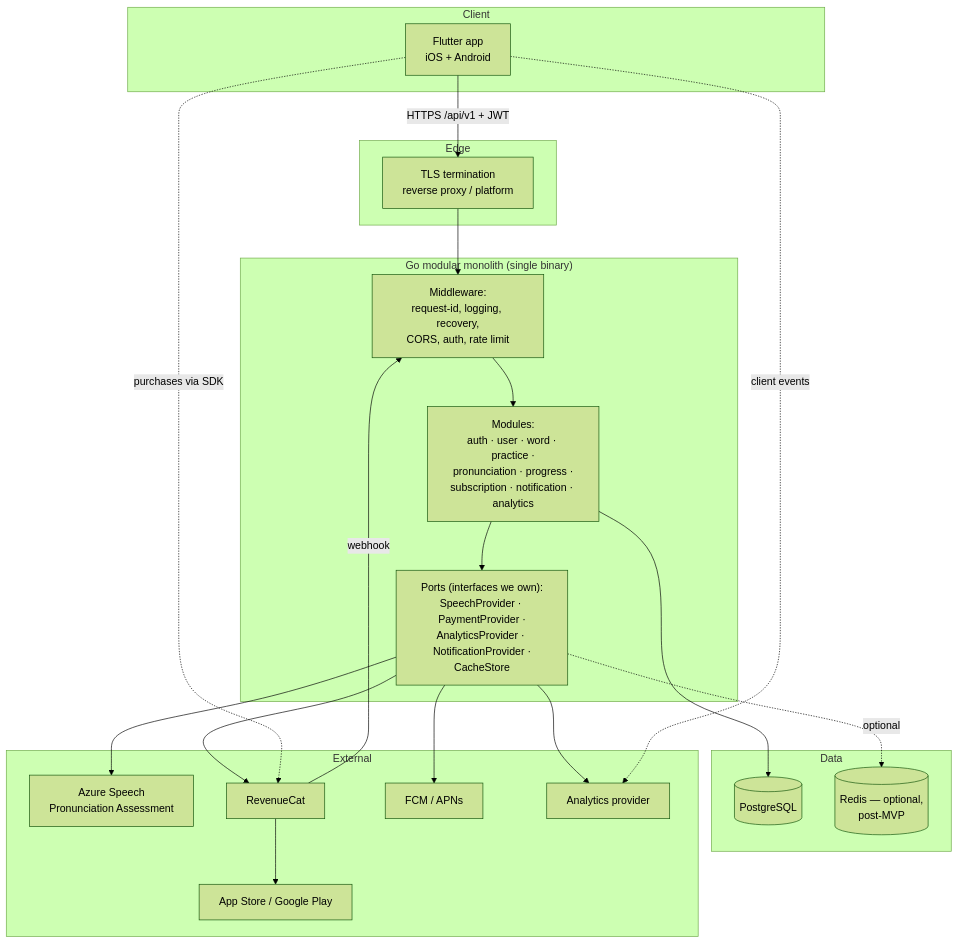
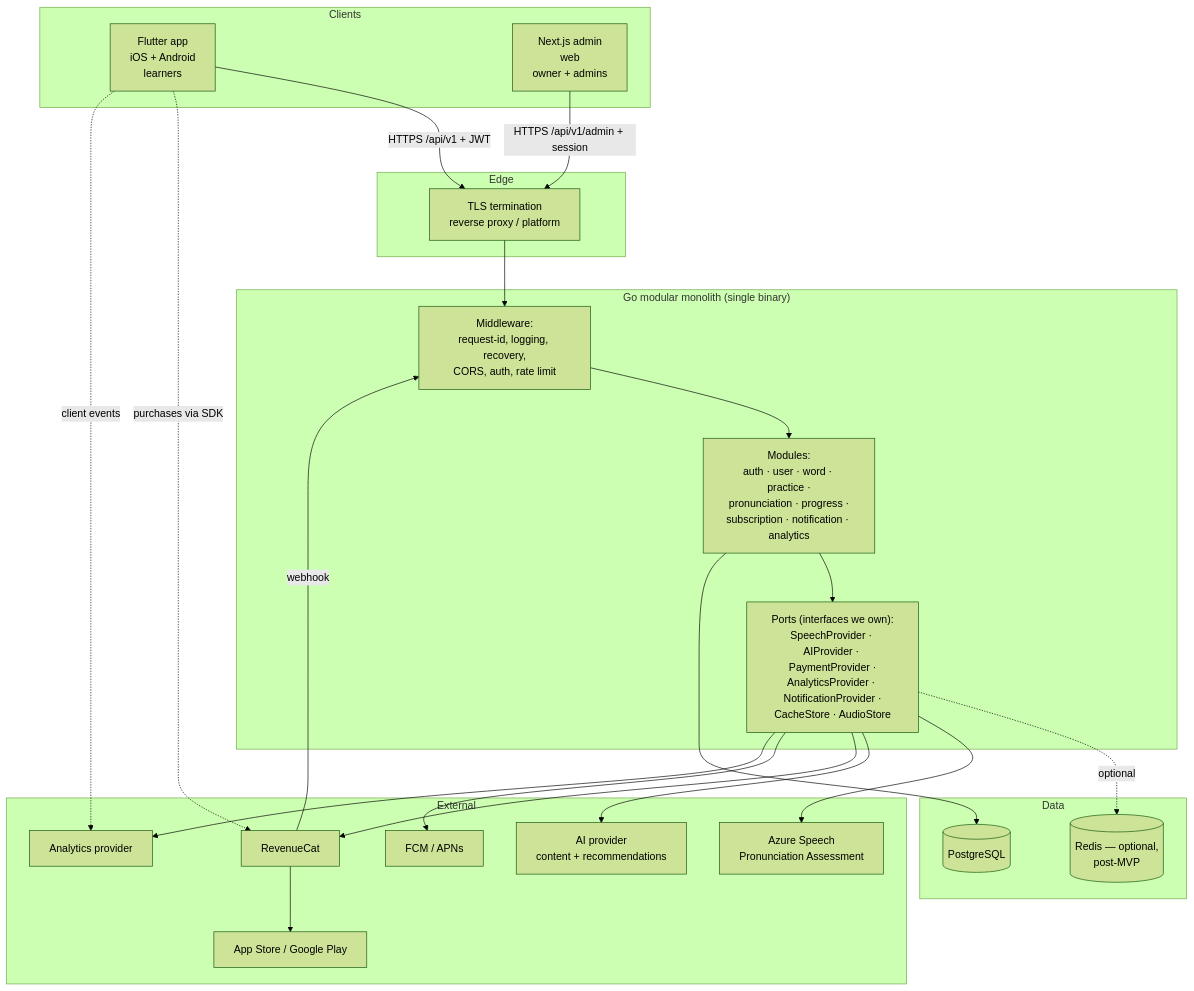
The first of 11 diagrams in docs/architecture/ARCHITECTURE.md (samandar-hodiev/voca), drawn with Mermaid (forest theme) before and after one commit. The commit also changed other lines of this file and 65 other files, not shown here.

````diff
--- a/docs/architecture/ARCHITECTURE.md
+++ b/docs/architecture/ARCHITECTURE.md
@@ -203,40 +228,45 @@
 ```mermaid
 flowchart TB
-    subgraph Client
-      FL["Flutter app<br/>iOS + Android"]
+    subgraph Clients
+      FL["Flutter app<br/>iOS + Android<br/>learners"]
+      AD["Next.js admin<br/>web<br/>owner + admins"]
     end
 
     subgraph Edge
       TLS["TLS termination<br/>reverse proxy / platform"]
     end
 
     subgraph API["Go modular monolith (single binary)"]
       MW["Middleware:<br/>request-id, logging, recovery,<br/>CORS, auth, rate limit"]
       MOD["Modules:<br/>auth · user · word · practice ·<br/>pronunciation · progress ·<br/>subscription · notification · analytics"]
-      PORTS["Ports (interfaces we own):<br/>SpeechProvider · PaymentProvider ·<br/>AnalyticsProvider · NotificationProvider ·<br/>CacheStore"]
+      PORTS["Ports (interfaces we own):<br/>SpeechProvider · AIProvider · PaymentProvider ·<br/>AnalyticsProvider · NotificationProvider ·<br/>CacheStore · AudioStore"]
     end
 
     subgraph Data
       PG[("PostgreSQL")]
       RD[("Redis — optional,<br/>post-MVP")]
     end
 
     subgraph External
       AZ["Azure Speech<br/>Pronunciation Assessment"]
+      LLM["AI provider<br/>content + recommendations"]
       RC["RevenueCat"]
       ST["App Store / Google Play"]
       FB["FCM / APNs"]
       AN["Analytics provider"]
     end
 
-    FL -->|HTTPS /api/v1 + JWT| TLS --> MW --> MOD --> PORTS
+    FL -->|HTTPS /api/v1 + JWT| TLS
+    AD -->|HTTPS /api/v1/admin + session| TLS
+    TLS --> MW --> MOD --> PORTS
     MOD --> PG
     PORTS -.optional.-> RD
     PORTS --> AZ
+    PORTS --> LLM
     PORTS --> RC --> ST
     PORTS --> FB
     PORTS --> AN
     RC -->|webhook| MW
     FL -.purchases via SDK.-> RC
     FL -.client events.-> AN
 ```
````
